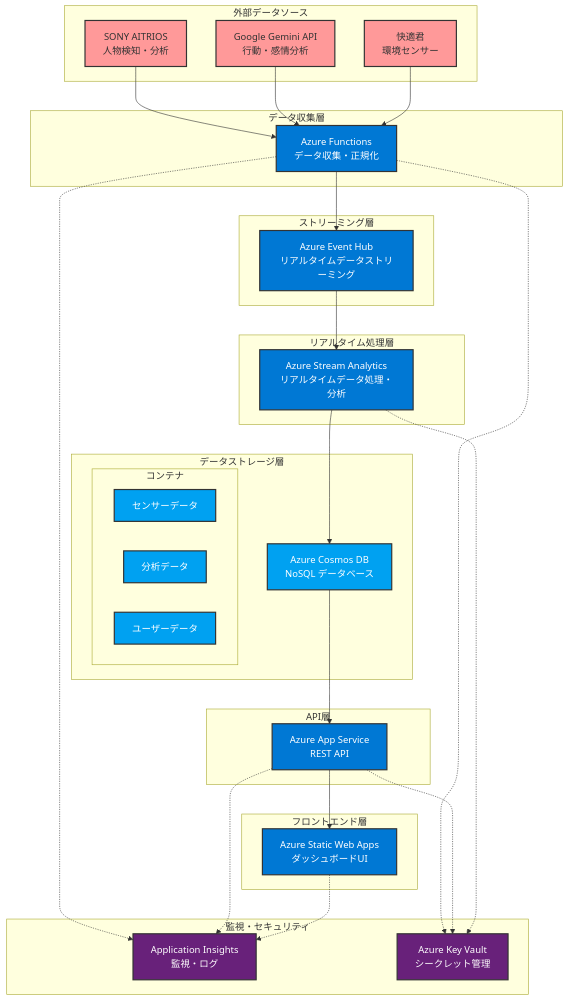
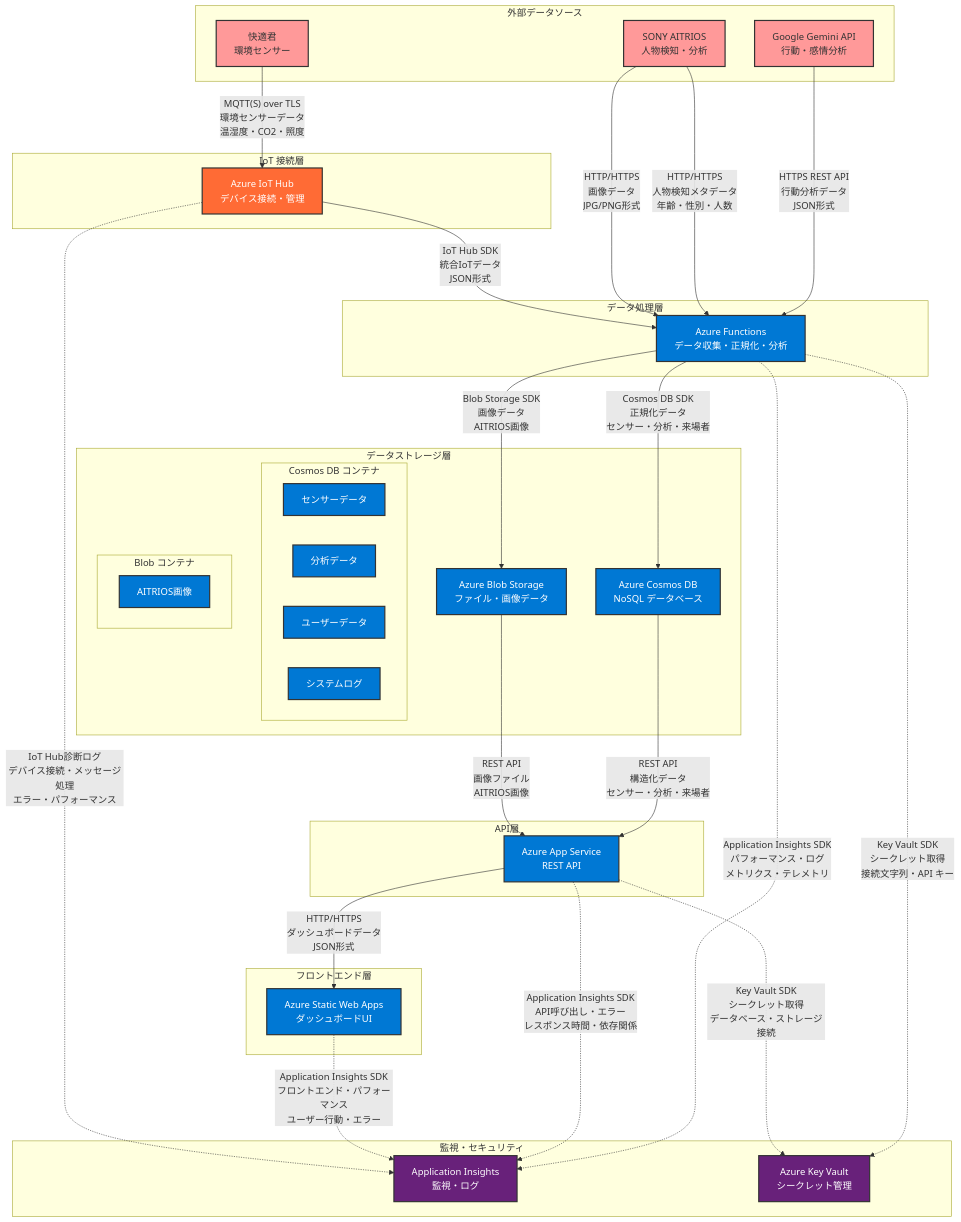
The diagram in ARCHITECTURE.md (NakamuraKotaro918/microsoft-ai-labo-smart-space), drawn with Mermaid before and after one commit. The commit also changed other lines of this file and 19 other files, not shown here.

First line of the commit message:
feat: アーキテクチャ図に沿った実装完了とPython 3.11対応

````diff
--- a/ARCHITECTURE.md
+++ b/ARCHITECTURE.md
@@ -10,35 +10,39 @@
 graph TB
     %% 外部データソース
     subgraph "外部データソース"
+        GEMINI[Google Gemini API<br/>行動・感情分析]
         AITRIOS[SONY AITRIOS<br/>人物検知・分析]
-        GEMINI[Google Gemini API<br/>行動・感情分析]
         KAITEKI[快適君<br/>環境センサー]
     end
 
-    %% Azure Functions
-    subgraph "データ収集層"
-        FUNCTIONS[Azure Functions<br/>データ収集・正規化]
+    %% IoT Hub
+    subgraph "IoT 接続層"
+        IOTHUB[Azure IoT Hub<br/>デバイス接続・管理]
     end
 
-    %% Event Hub
-    subgraph "ストリーミング層"
-        EVENTHUB[Azure Event Hub<br/>リアルタイムデータストリーミング]
+    %% Azure Functions
+    subgraph "データ処理層"
+        FUNCTIONS[Azure Functions<br/>データ収集・正規化・分析]
     end
 
-    %% Stream Analytics
-    subgraph "リアルタイム処理層"
-        STREAM[Azure Stream Analytics<br/>リアルタイムデータ処理・分析]
-    end
-
-    %% Cosmos DB
+    %% データストレージ層
     subgraph "データストレージ層"
         COSMOS[Azure Cosmos DB<br/>NoSQL データベース]
-        subgraph "コンテナ"
+        BLOB[Azure Blob Storage<br/>ファイル・画像データ]
+        
+        subgraph "Cosmos DB コンテナ"
             SENSOR[センサーデータ]
             ANALYSIS[分析データ]
             USERS[ユーザーデータ]
+            SYSTEM_LOGS[システムログ]
+        end
+        
+        subgraph "Blob コンテナ"
+            AITRIOS_IMAGES[AITRIOS画像]
         end
     end
+
+
 
     %% API Server
     subgraph "API層"
@@ -57,34 +61,40 @@
     end
 
     %% データフロー
-    AITRIOS --> FUNCTIONS
-    GEMINI --> FUNCTIONS
-    KAITEKI --> FUNCTIONS
+    GEMINI -->|"HTTPS REST API<br/>行動分析データ<br/>JSON形式"| FUNCTIONS
+    AITRIOS -->|"HTTP/HTTPS<br/>人物検知メタデータ<br/>年齢・性別・人数"| FUNCTIONS
+    AITRIOS -->|"HTTP/HTTPS<br/>画像データ<br/>JPG/PNG形式"| FUNCTIONS
+    KAITEKI -->|"MQTT(S) over TLS<br/>環境センサーデータ<br/>温湿度・CO2・照度"| IOTHUB
     
-    FUNCTIONS --> EVENTHUB
-    EVENTHUB --> STREAM
-    STREAM --> COSMOS
+    IOTHUB -->|"IoT Hub SDK<br/>統合IoTデータ<br/>JSON形式"| FUNCTIONS
     
-    COSMOS --> API
-    API --> STATIC
+    FUNCTIONS -->|"Cosmos DB SDK<br/>正規化データ<br/>センサー・分析・来場者"| COSMOS
+    FUNCTIONS -->|"Blob Storage SDK<br/>画像データ<br/>AITRIOS画像"| BLOB
+    
+    COSMOS -->|"REST API<br/>構造化データ<br/>センサー・分析・来場者"| API
+    BLOB -->|"REST API<br/>画像ファイル<br/>AITRIOS画像"| API
+    
+    API -->|"HTTP/HTTPS<br/>ダッシュボードデータ<br/>JSON形式"| STATIC
     
     %% 監視・セキュリティ接続
-    FUNCTIONS -.-> INSIGHTS
-    API -.-> INSIGHTS
-    STATIC -.-> INSIGHTS
+    FUNCTIONS -.->|"Application Insights SDK<br/>パフォーマンス・ログ<br/>メトリクス・テレメトリ"| INSIGHTS
+    API -.->|"Application Insights SDK<br/>API呼び出し・エラー<br/>レスポンス時間・依存関係"| INSIGHTS
+    STATIC -.->|"Application Insights SDK<br/>フロントエンド・パフォーマンス<br/>ユーザー行動・エラー"| INSIGHTS
+    IOTHUB -.->|"IoT Hub診断ログ<br/>デバイス接続・メッセージ処理<br/>エラー・パフォーマンス"| INSIGHTS
     
-    FUNCTIONS -.-> KEYVAULT
-    API -.-> KEYVAULT
-    STREAM -.-> KEYVAULT
+    FUNCTIONS -.->|"Key Vault SDK<br/>シークレット取得<br/>接続文字列・API キー"| KEYVAULT
+    API -.->|"Key Vault SDK<br/>シークレット取得<br/>データベース・ストレージ接続"| KEYVAULT
 
     %% スタイル
     classDef external fill:#ff9999,stroke:#333,stroke-width:2px
     classDef azure fill:#0078d4,stroke:#333,stroke-width:2px,color:#fff
     classDef storage fill:#00a1f1,stroke:#333,stroke-width:2px,color:#fff
     classDef monitoring fill:#68217a,stroke:#333,stroke-width:2px,color:#fff
+    classDef iot fill:#ff6b35,stroke:#333,stroke-width:2px,color:#fff
 
-    class AITRIOS,GEMINI,KAITEKI external
-    class FUNCTIONS,EVENTHUB,STREAM,API,STATIC azure
-    class COSMOS,SENSOR,ANALYSIS,USERS storage
+    class GEMINI,AITRIOS,KAITEKI external
+    class FUNCTIONS,API,STATIC azure
+    class COSMOS,BLOB,USERS,SYSTEM_LOGS,SENSOR,ANALYSIS,USERS,SYSTEM_LOGS,AITRIOS_IMAGES azure
     class INSIGHTS,KEYVAULT monitoring
+    class IOTHUB iot
 ```
````
